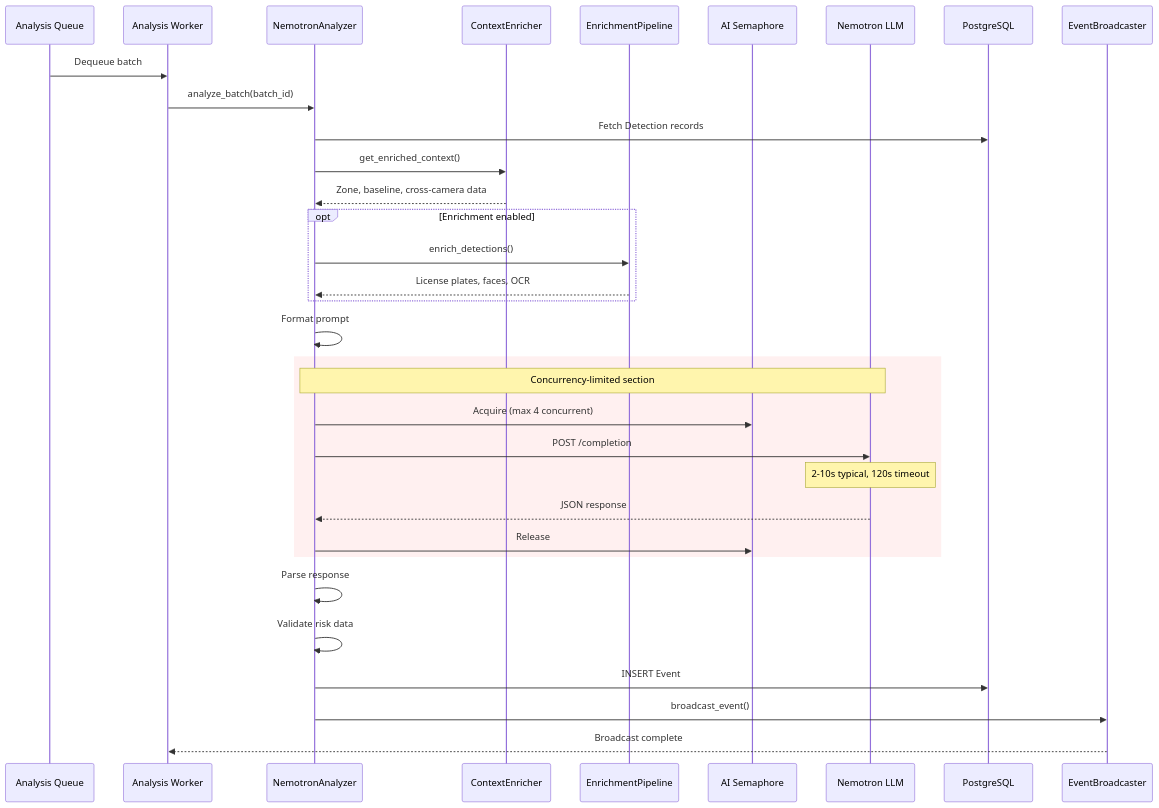
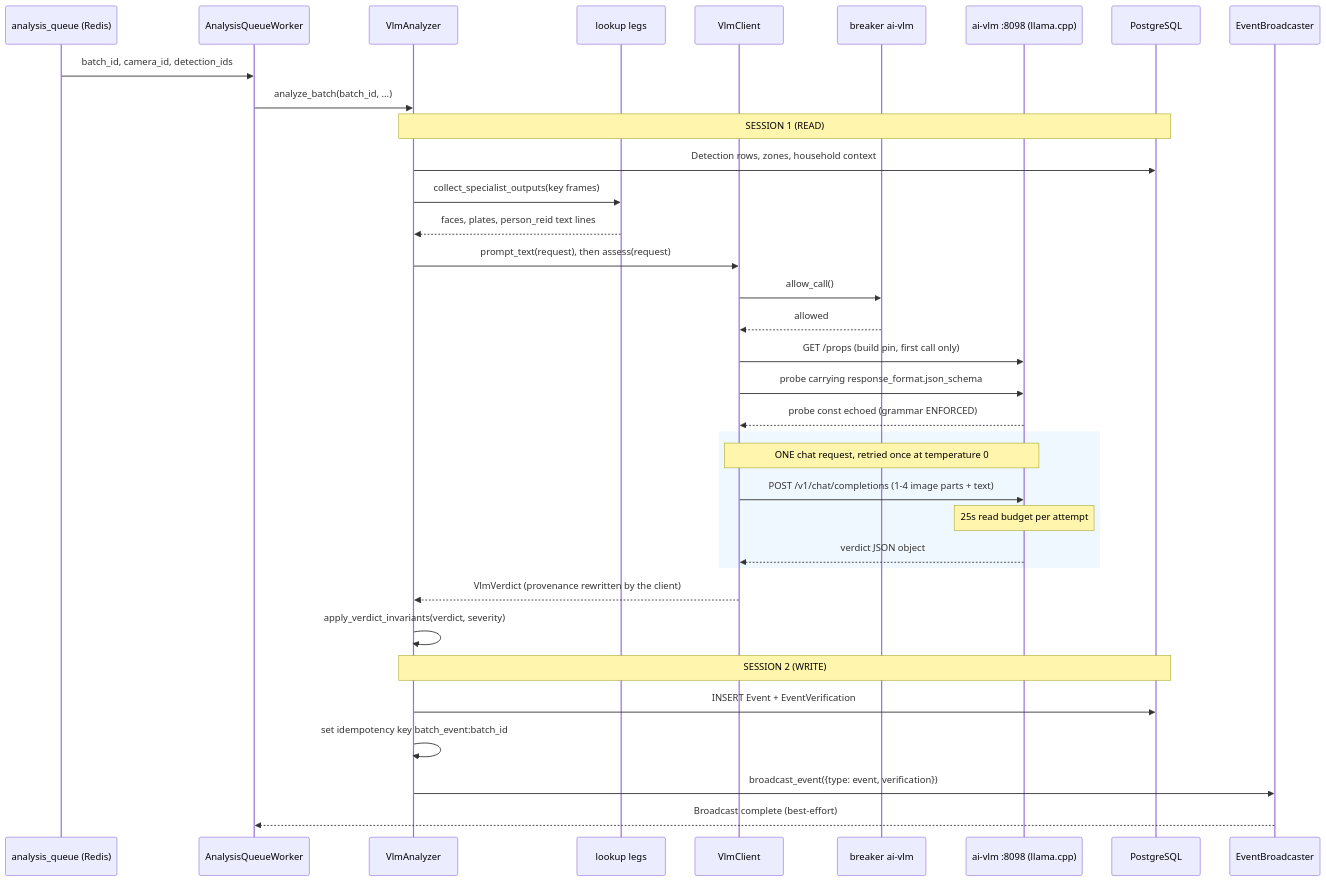
Before and after one commit to mikesvoboda/nemotron-v3-home-security-intelligence: the diagram in docs/architecture/dataflows/llm-analysis-flow.md, drawn with Mermaid. The commit also changed other lines of this file and 5 other files, not shown here.

````diff
--- a/docs/architecture/dataflows/llm-analysis-flow.md
+++ b/docs/architecture/dataflows/llm-analysis-flow.md
@@ -35,42 +58,43 @@
 ```mermaid
 sequenceDiagram
-    participant AQ as Analysis Queue
-    participant AW as Analysis Worker
-    participant NA as NemotronAnalyzer
-    participant CE as ContextEnricher
-    participant EP as EnrichmentPipeline
-    participant Sem as AI Semaphore
-    participant LLM as Nemotron LLM
+    participant AQ as analysis_queue (Redis)
+    participant AW as AnalysisQueueWorker
+    participant VA as VlmAnalyzer
+    participant SP as lookup legs
+    participant VC as VlmClient
+    participant CB as breaker ai-vlm
+    participant VLM as ai-vlm :8098 (llama.cpp)
     participant DB as PostgreSQL
     participant EB as EventBroadcaster
 
-    AQ->>AW: Dequeue batch
-    AW->>NA: analyze_batch(batch_id)
+    AQ->>AW: batch_id, camera_id, detection_ids
+    AW->>VA: analyze_batch(batch_id, ...)
 
-    NA->>DB: Fetch Detection records
-    NA->>CE: get_enriched_context()
-    CE-->>NA: Zone, baseline, cross-camera data
+    Note over VA,DB: SESSION 1 (READ)
+    VA->>DB: Detection rows, zones, household context
+    VA->>SP: collect_specialist_outputs(key frames)
+    SP-->>VA: faces, plates, person_reid text lines
 
-    opt Enrichment enabled
-        NA->>EP: enrich_detections()
-        EP-->>NA: License plates, faces, OCR
+    VA->>VC: prompt_text(request), then assess(request)
+    VC->>CB: allow_call()
+    CB-->>VC: allowed
+    VC->>VLM: GET /props (build pin, first call only)
+    VC->>VLM: probe carrying response_format.json_schema
+    VLM-->>VC: probe const echoed (grammar ENFORCED)
+
+    rect rgb(240, 248, 255)
+        Note over VC,VLM: ONE chat request, retried once at temperature 0
+        VC->>VLM: POST /v1/chat/completions (1-4 image parts + text)
+        Note over VLM: 25s read budget per attempt
+        VLM-->>VC: verdict JSON object
     end
 
-    NA->>NA: Format prompt
+    VC-->>VA: VlmVerdict (provenance rewritten by the client)
+    VA->>VA: apply_verdict_invariants(verdict, severity)
 
-    rect rgb(255, 240, 240)
-        Note over NA,LLM: Concurrency-limited section
-        NA->>Sem: Acquire (max 4 concurrent)
-        NA->>LLM: POST /completion
-        Note over LLM: 2-10s typical, 120s timeout
-        LLM-->>NA: JSON response
-        NA->>Sem: Release
-    end
-
-    NA->>NA: Parse response
-    NA->>NA: Validate risk data
-
-    NA->>DB: INSERT Event
-    NA->>EB: broadcast_event()
-    EB-->>AW: Broadcast complete
+    Note over VA,DB: SESSION 2 (WRITE)
+    VA->>DB: INSERT Event + EventVerification
+    VA->>VA: set idempotency key batch_event:batch_id
+    VA->>EB: broadcast_event({type: event, verification})
+    EB-->>AW: Broadcast complete (best-effort)
 ```
````
